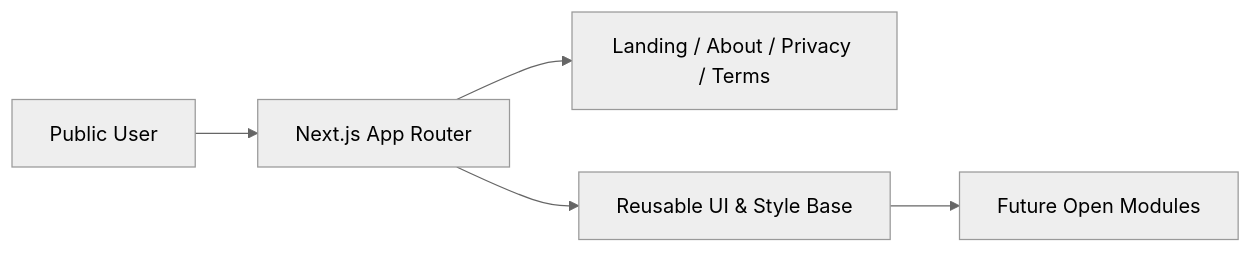
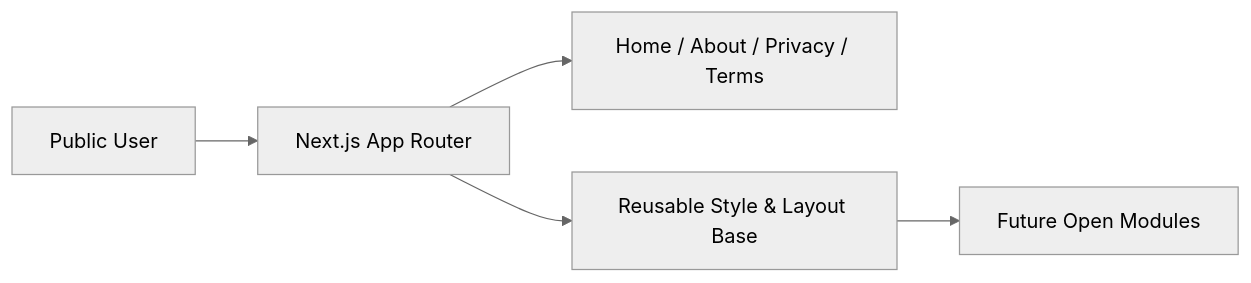
Before and after one commit to ddlmanus/soulart: the diagram in README.md, drawn with Mermaid (neutral theme). The commit also changed other lines of this file and 2 other files, not shown here.

Commit message:
docs: upgrade README to showcase-style design layout

````diff
--- a/README.md
+++ b/README.md
@@ -70,7 +92,7 @@
 ```mermaid
 flowchart LR
     A["Public User"] --> B["Next.js App Router"]
-    B --> C["Landing / About / Privacy / Terms"]
-    B --> D["Reusable UI & Style Base"]
+    B --> C["Home / About / Privacy / Terms"]
+    B --> D["Reusable Style & Layout Base"]
     D --> E["Future Open Modules"]
 ```
````
